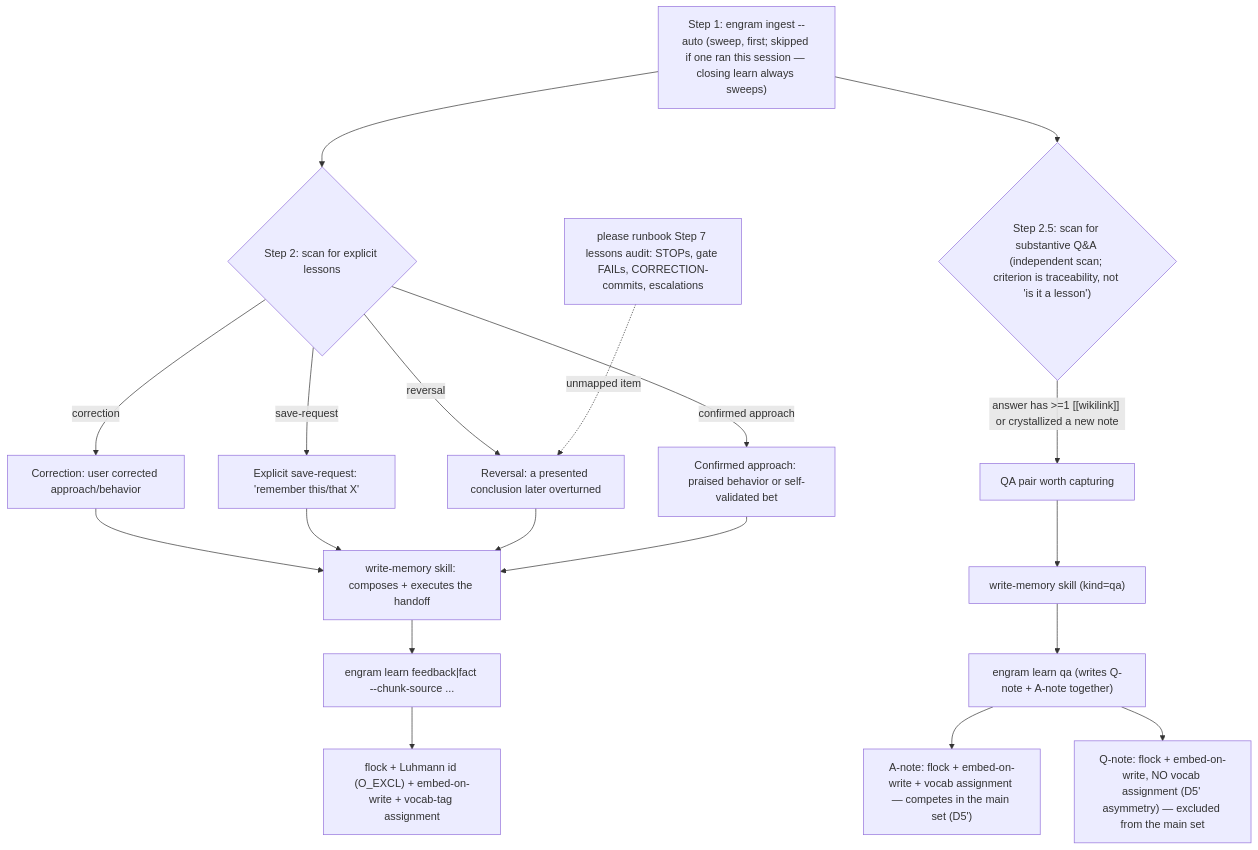
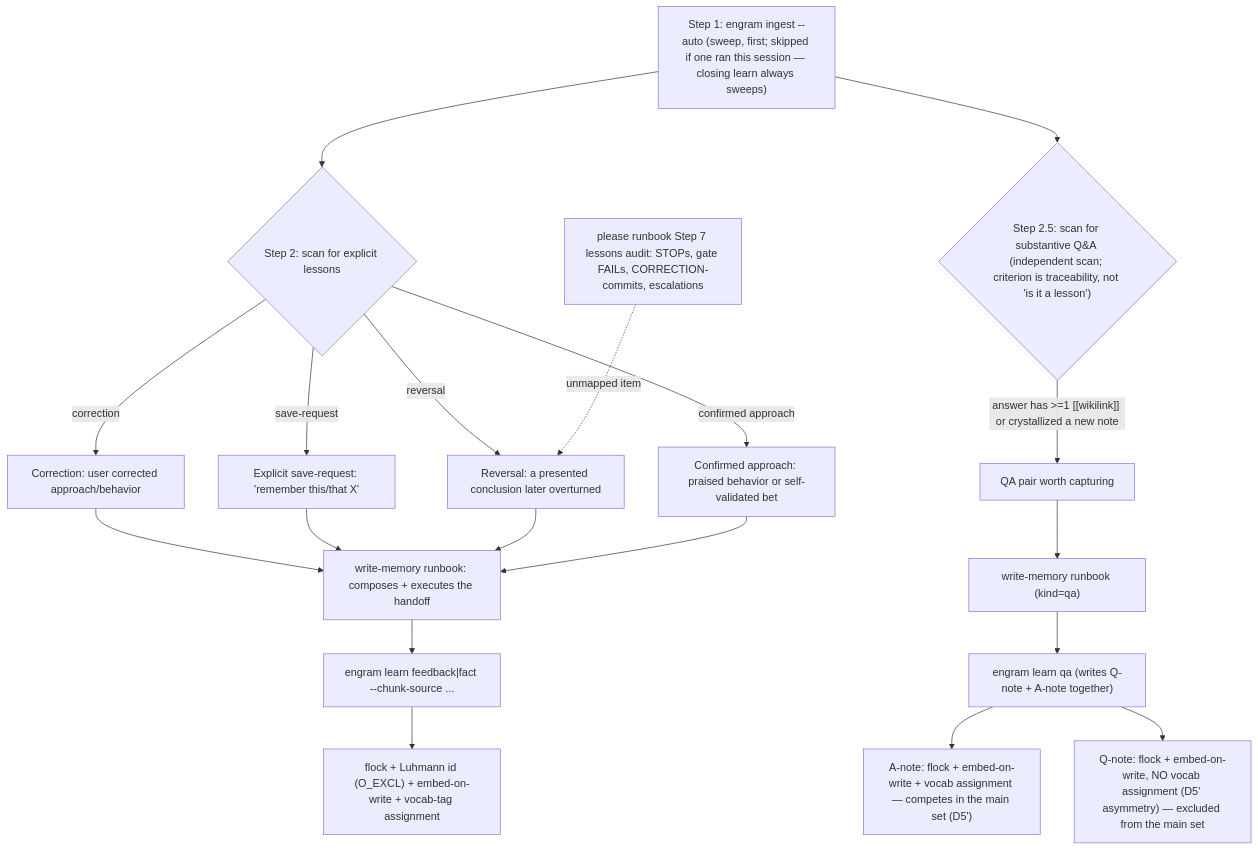
Before and after one commit to toejough/engram: the sixth of 8 diagrams in docs/architecture/c2-containers.md, drawn with Mermaid. The commit also changed other lines of this file and 57 other files, not shown here.

First line of the commit message:
feat(write-memory): retire the write-memory skill in favor of the runbook (worker pattern)

````diff
--- a/docs/architecture/c2-containers.md
+++ b/docs/architecture/c2-containers.md
@@ -210,24 +210,24 @@
 ```mermaid
 flowchart TD
     S["Step 1: engram ingest --auto (sweep, first; skipped if one ran this session — closing learn always sweeps)"] --> S2{"Step 2: scan for explicit lessons"}
     S --> S25{"Step 2.5: scan for substantive Q&A (independent scan; criterion is traceability, not 'is it a lesson')"}
     S2 -->|correction| CORR["Correction: user corrected approach/behavior"]
     S2 -->|save-request| SAVE["Explicit save-request: 'remember this/that X'"]
     S2 -->|reversal| REV["Reversal: a presented conclusion later overturned"]
     S2 -->|confirmed approach| CONF["Confirmed approach: praised behavior or self-validated bet"]
     S25 -->|"answer has >=1 [[wikilink]] or crystallized a new note"| QAK["QA pair worth capturing"]
     P7["please runbook Step 7 lessons audit: STOPs, gate FAILs, CORRECTION-commits, escalations"] -.->|"unmapped item"| REV
 
-    CORR --> WM["write-memory skill: composes + executes the handoff"]
+    CORR --> WM["write-memory runbook: composes + executes the handoff"]
     SAVE --> WM
     REV --> WM
     CONF --> WM
-    QAK --> WMQ["write-memory skill (kind=qa)"]
+    QAK --> WMQ["write-memory runbook (kind=qa)"]
 
     WM --> L["engram learn feedback|fact --chunk-source ..."]
     WMQ --> LQ["engram learn qa (writes Q-note + A-note together)"]
 
     L --> CV["flock + Luhmann id (O_EXCL) + embed-on-write + vocab-tag assignment"]
     LQ --> CA["A-note: flock + embed-on-write + vocab assignment — competes in the main set (D5')"]
     LQ --> CQ["Q-note: flock + embed-on-write, NO vocab assignment (D5' asymmetry) — excluded from the main set"]
 ```
````
